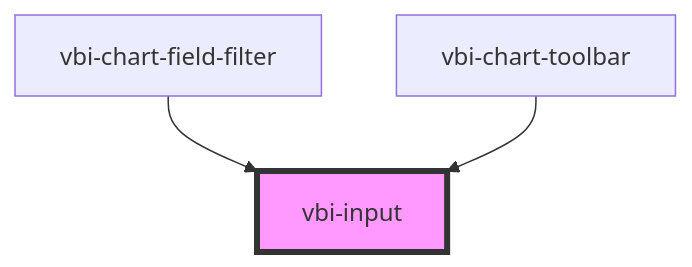
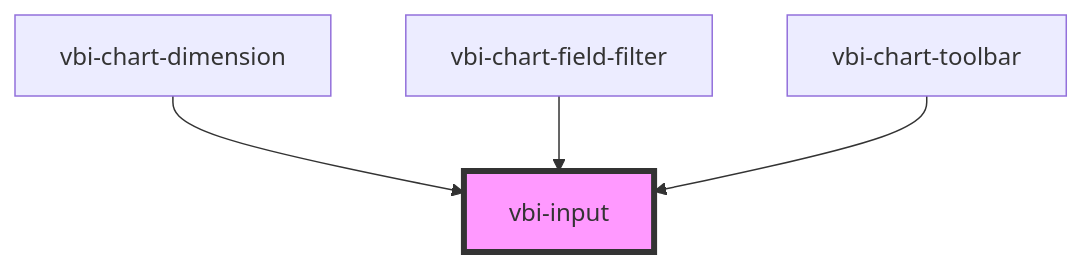
The diagram in packages/vbi-component/src/components/ui/vbi-input/readme.md (Ditto190/VBI-modme), drawn with Mermaid before and after one commit. The commit also changed other lines of this file and 13 other files, not shown here.

Commit message:
feat(vbi-component): implement rename modal for chart dimension shelves

````diff
--- a/packages/vbi-component/src/components/ui/vbi-input/readme.md
+++ b/packages/vbi-component/src/components/ui/vbi-input/readme.md
@@ -49,6 +50,7 @@
 ```mermaid
 graph TD;
+  vbi-chart-dimension --> vbi-input
   vbi-chart-field-filter --> vbi-input
   vbi-chart-toolbar --> vbi-input
   style vbi-input fill:#f9f,stroke:#333,stroke-width:4px
 ```
````
